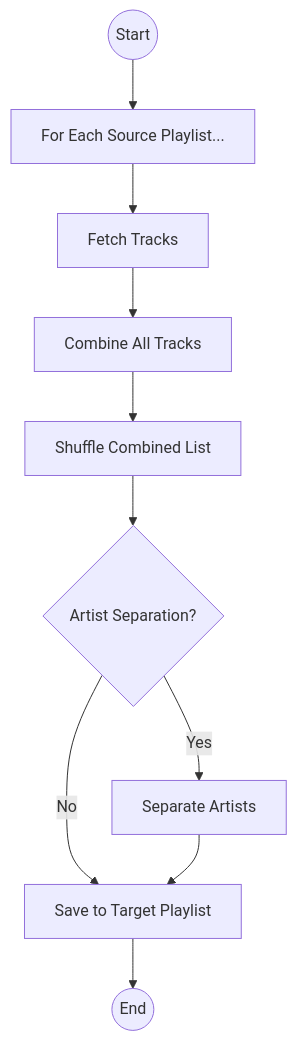
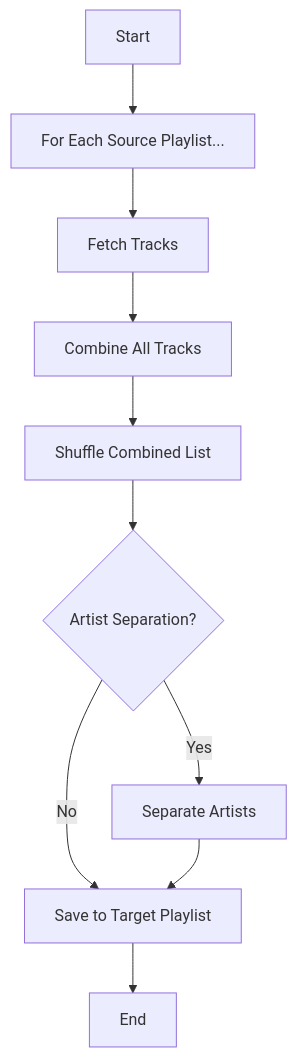
The second of 7 diagrams in README.md (froggeric/gas-spotify-automation), drawn with Mermaid before and after one commit. The commit also changed other lines of this file, not shown here.

First line of the commit message:
fix(docs): Correct Mermaid diagrams for GitHub compatibility

````diff
--- a/README.md
+++ b/README.md
@@ -77,12 +77,12 @@
 ```mermaid
 graph TD
-    A((Start)) --> B["For Each Source Playlist..."];
-    B --> C["Fetch Tracks"];
-    C --> D["Combine All Tracks"];
-    D --> E["Shuffle Combined List"];
+    A[Start] --> B[For Each Source Playlist...];
+    B --> C[Fetch Tracks];
+    C --> D[Combine All Tracks];
+    D --> E[Shuffle Combined List];
     E --> F{Artist Separation?};
-    F -- Yes --> G["Separate Artists"];
+    F -- Yes --> G[Separate Artists];
     F -- No --> H;
-    G --> H["Save to Target Playlist"];
-    H --> I((End));
+    G --> H[Save to Target Playlist];
+    H --> I[End];
 ```
````
